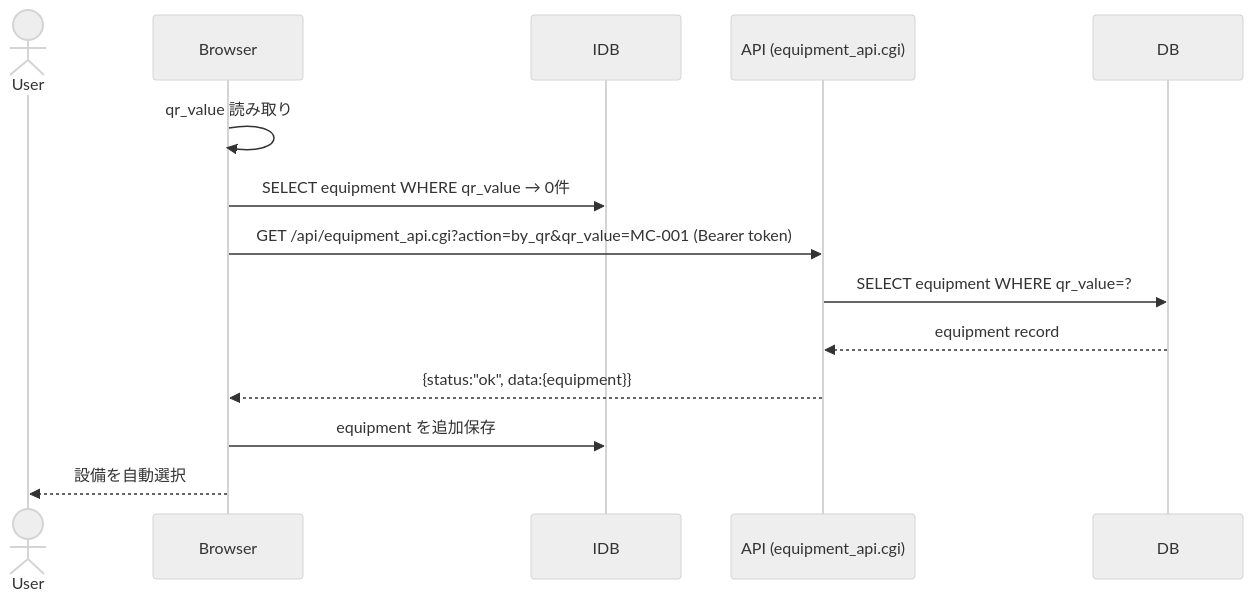
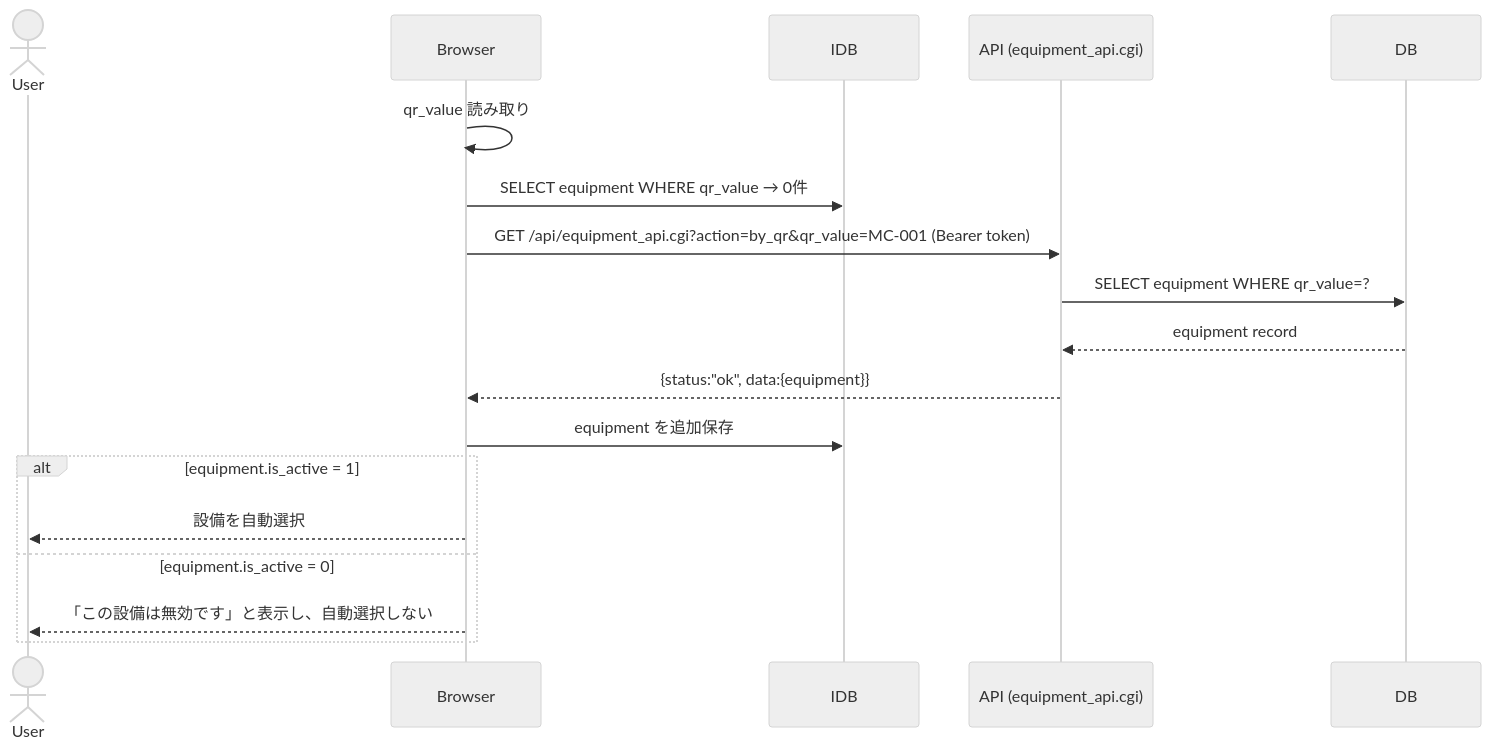
One commit to garyohosu/worklog-pwa changed diagram 14 of 24 in SEQUENCE.md. Above: the diagram before and after it, drawn with Mermaid (neutral theme). The commit also changed other lines of this file and 2 other files, not shown here.

Commit message:
docs: align sequence flows with sync rules

````diff
--- a/SEQUENCE.md
+++ b/SEQUENCE.md
@@ -344,17 +351,21 @@
 ```mermaid
 sequenceDiagram
   actor User
   participant Browser
   participant IDB
   participant API as API (equipment_api.cgi)
   participant DB
 
   Browser->>Browser: qr_value 読み取り
   Browser->>IDB: SELECT equipment WHERE qr_value → 0件
   Browser->>API: GET /api/equipment_api.cgi?action=by_qr&qr_value=MC-001 (Bearer token)
   API->>DB: SELECT equipment WHERE qr_value=?
   DB-->>API: equipment record
   API-->>Browser: {status:"ok", data:{equipment}}
   Browser->>IDB: equipment を追加保存
-  Browser-->>User: 設備を自動選択
+  alt equipment.is_active = 1
+    Browser-->>User: 設備を自動選択
+  else equipment.is_active = 0
+    Browser-->>User: 「この設備は無効です」と表示し、自動選択しない
+  end
 ```
````
